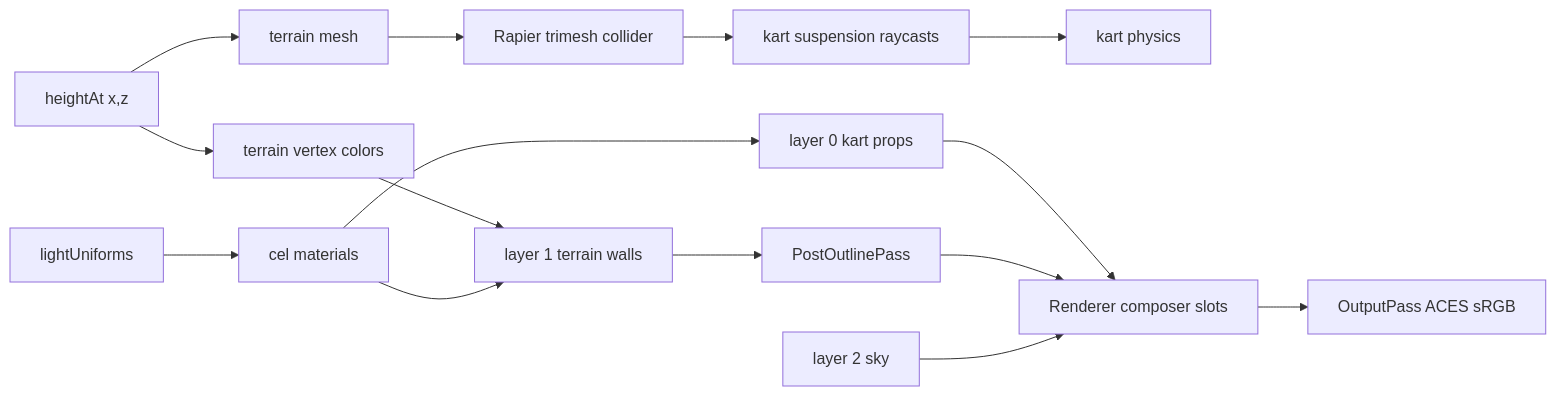
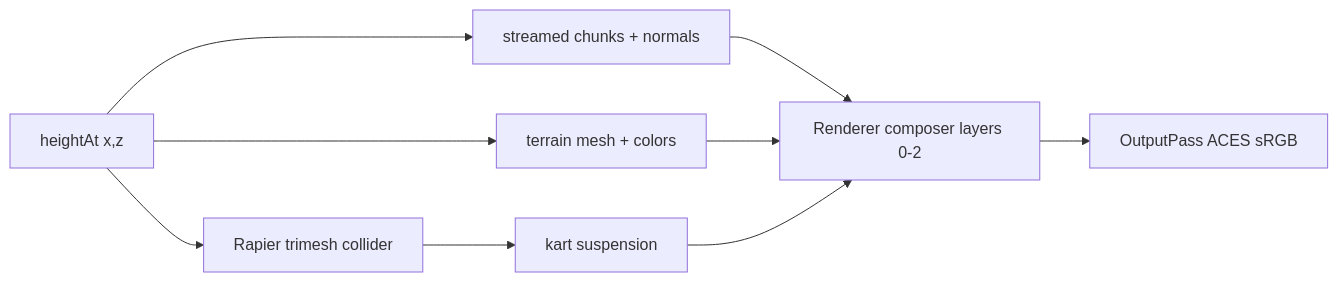
Before and after one commit to jjgroenendijk/cart-game: the first of 2 diagrams in src/AGENTS.md, drawn with Mermaid. The commit also changed other lines of this file and 74 other files, not shown here.

First line of the commit message:
feat(docs): add OKF v0.1 knowledge wiki for architecture (#84)

````diff
--- a/src/AGENTS.md
+++ b/src/AGENTS.md
@@ -20,17 +20,11 @@
 ```mermaid
 flowchart LR
-  height[heightAt x,z] --> mesh[terrain mesh]
-  height --> color[terrain vertex colors]
-  mesh --> collider[Rapier trimesh collider]
-  collider --> suspension[kart suspension raycasts]
-  suspension --> kart[kart physics]
-  color --> layer1[layer 1 terrain walls]
-  light[lightUniforms] --> cel[cel materials]
-  cel --> layer0[layer 0 kart props]
-  cel --> layer1
-  layer0 --> renderer[Renderer composer slots]
-  layer1 --> outline[PostOutlinePass]
-  outline --> renderer
-  sky[layer 2 sky] --> renderer
+  height[heightAt x,z] --> mesh[terrain mesh + colors]
+  height --> collider[Rapier trimesh collider]
+  height --> chunks[streamed chunks + normals]
+  chunks --> renderer[Renderer composer layers 0-2]
+  mesh --> renderer[Renderer composer layers 0-2]
+  collider --> kart[kart suspension]
+  kart --> renderer
   renderer --> output[OutputPass ACES sRGB]
 ```
````
